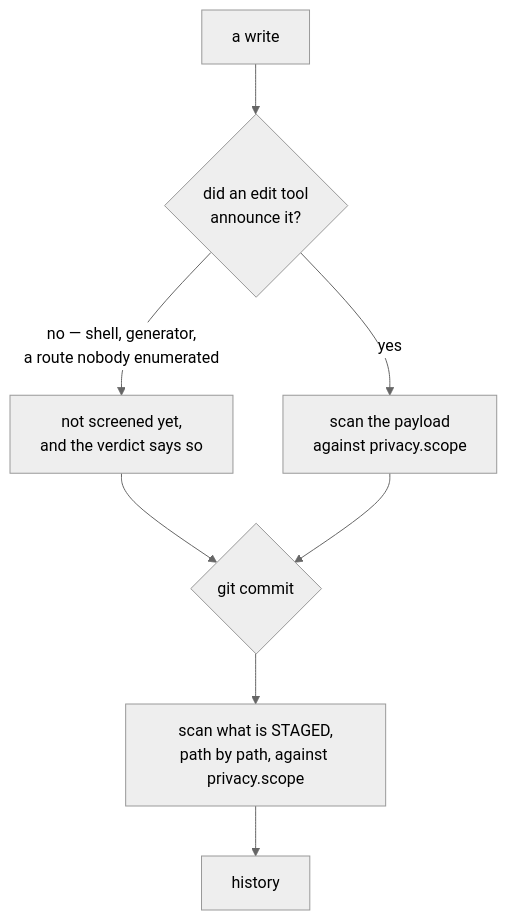
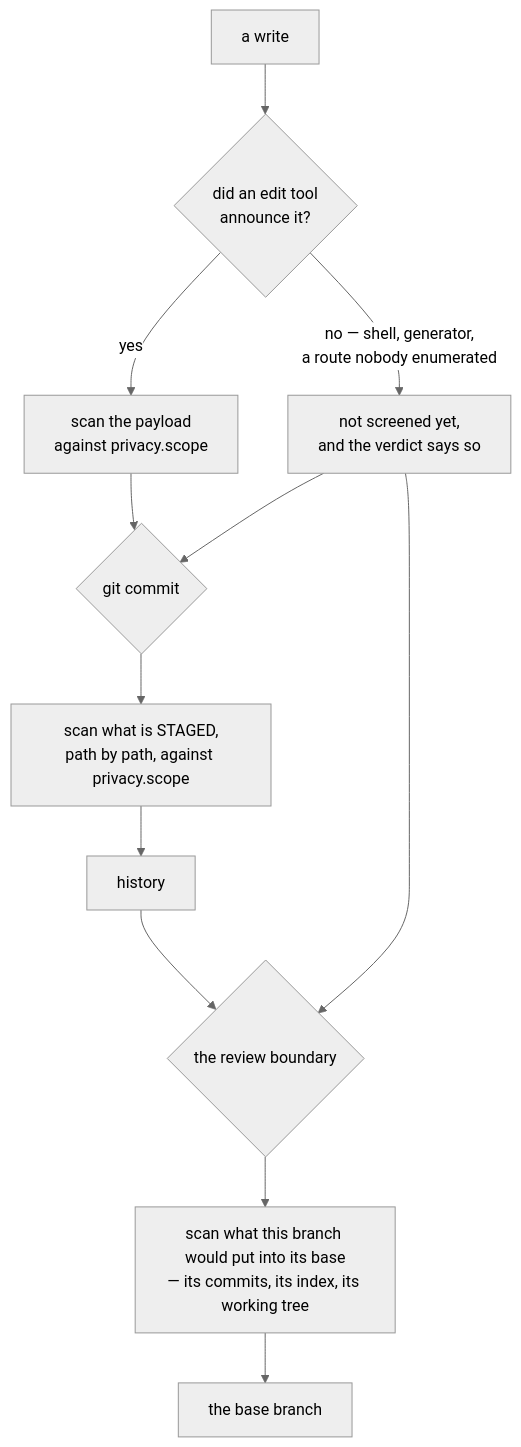
Before and after one commit to Mindchallenges/Invariant: the second of 5 diagrams in docs/architecture/manifest.md, drawn with Mermaid (neutral theme). The commit also changed other lines of this file and 5 other files, not shown here.

````diff
--- a/docs/architecture/manifest.md
+++ b/docs/architecture/manifest.md
@@ -261,10 +261,14 @@
 ```mermaid
 graph TD
     W["a write"] --> E{"did an edit tool<br/>announce it?"}
     E -- yes --> P["scan the payload<br/>against privacy.scope"]
     E -- "no — shell, generator,<br/>a route nobody enumerated" --> U["not screened yet,<br/>and the verdict says so"]
     U --> C{"git commit"}
     P --> C
     C --> S["scan what is STAGED,<br/>path by path, against privacy.scope"]
     S --> H["history"]
+    H --> V{"the review boundary"}
+    U --> V
+    V --> B["scan what this branch would put into its base<br/>— its commits, its index, its working tree"]
+    B --> M["the base branch"]
 ```
````
